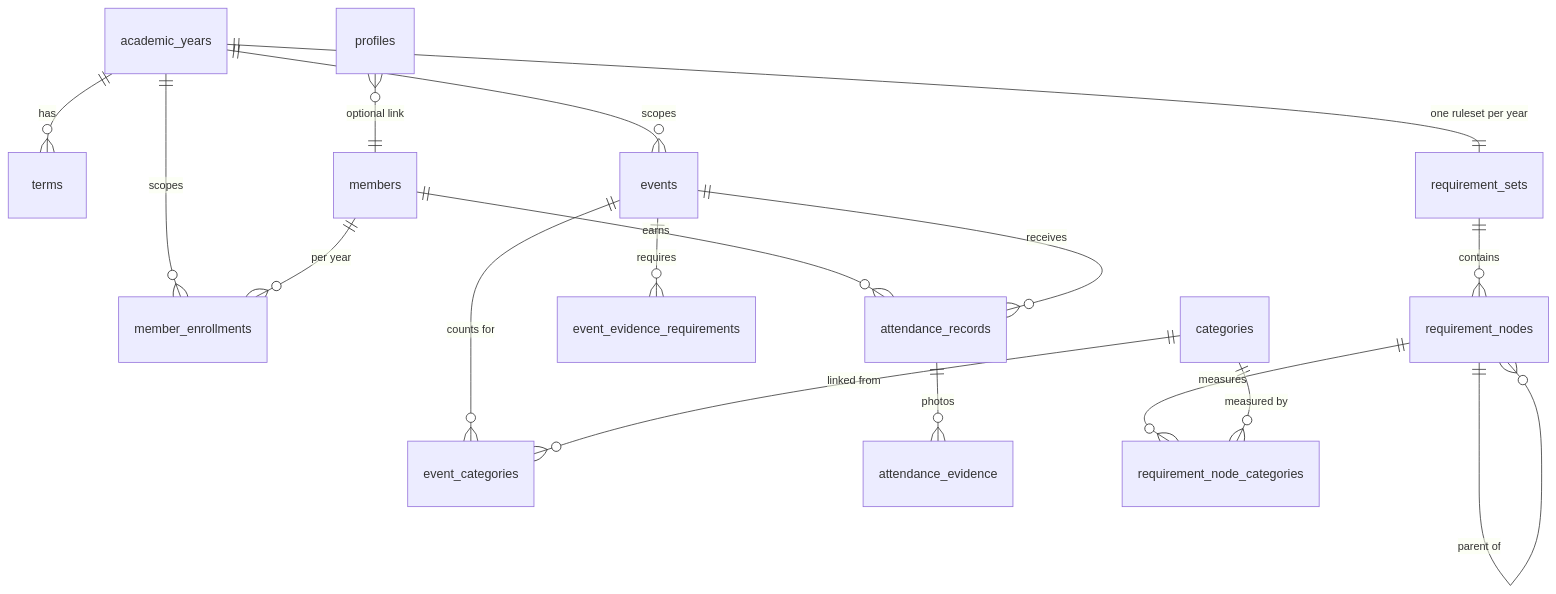
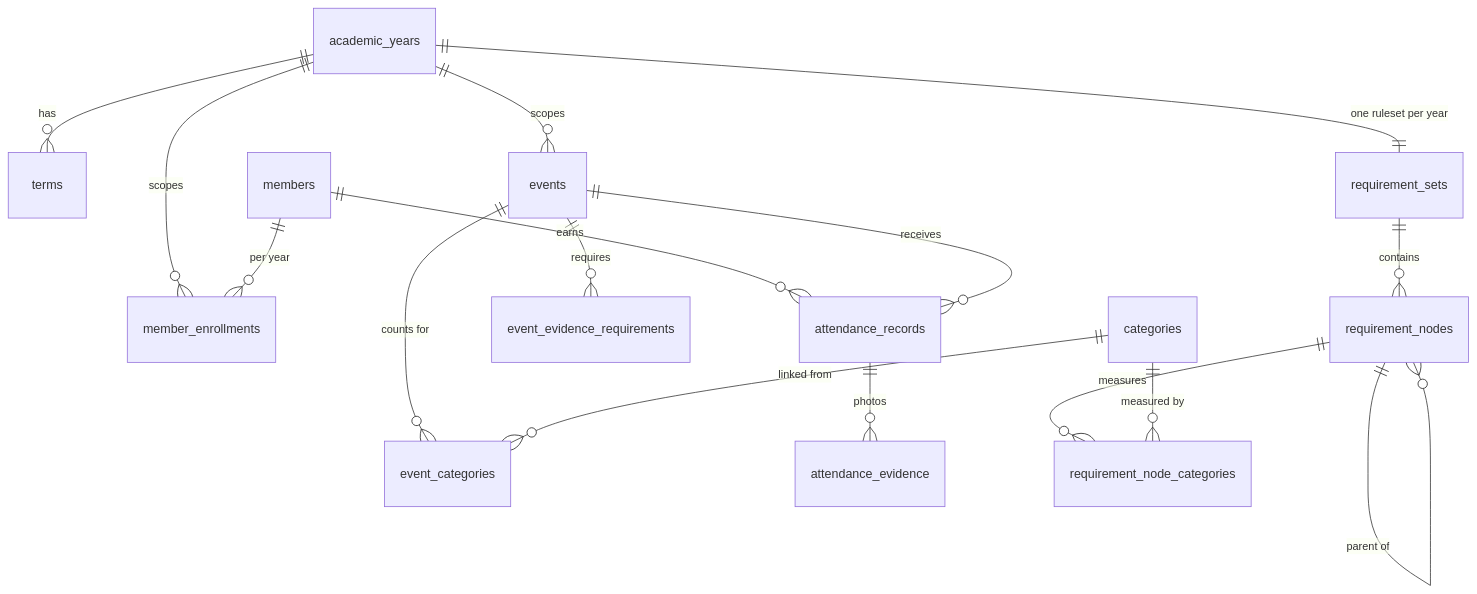
One commit to pdsaucf/pdsa-points changed the diagram in docs/01-data-model.md. Above: the diagram before and after it, drawn with Mermaid. The commit also changed other lines of this file and 44 other files, not shown here.

````diff
--- a/docs/01-data-model.md
+++ b/docs/01-data-model.md
@@ -25,24 +25,23 @@
 ```mermaid
 erDiagram
     academic_years   ||--o{ terms : has
     academic_years   ||--o{ events : scopes
     academic_years   ||--o{ member_enrollments : scopes
     academic_years   ||--|| requirement_sets : "one ruleset per year"
 
     members          ||--o{ member_enrollments : "per year"
     members          ||--o{ attendance_records : earns
 
     events           ||--o{ event_categories : "counts for"
     events           ||--o{ event_evidence_requirements : requires
     events           ||--o{ attendance_records : receives
     categories       ||--o{ event_categories : "linked from"
 
     attendance_records ||--o{ attendance_evidence : "photos"
 
     requirement_sets ||--o{ requirement_nodes : contains
     requirement_nodes ||--o{ requirement_nodes : "parent of"
     requirement_nodes ||--o{ requirement_node_categories : "measures"
     categories       ||--o{ requirement_node_categories : "measured by"
 
-    profiles         }o--|| members : "optional link"
 ```
````
